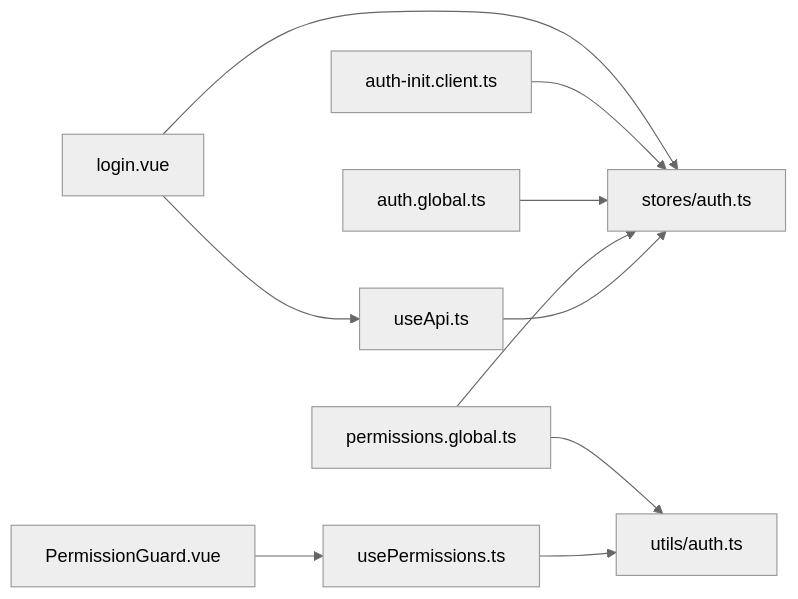
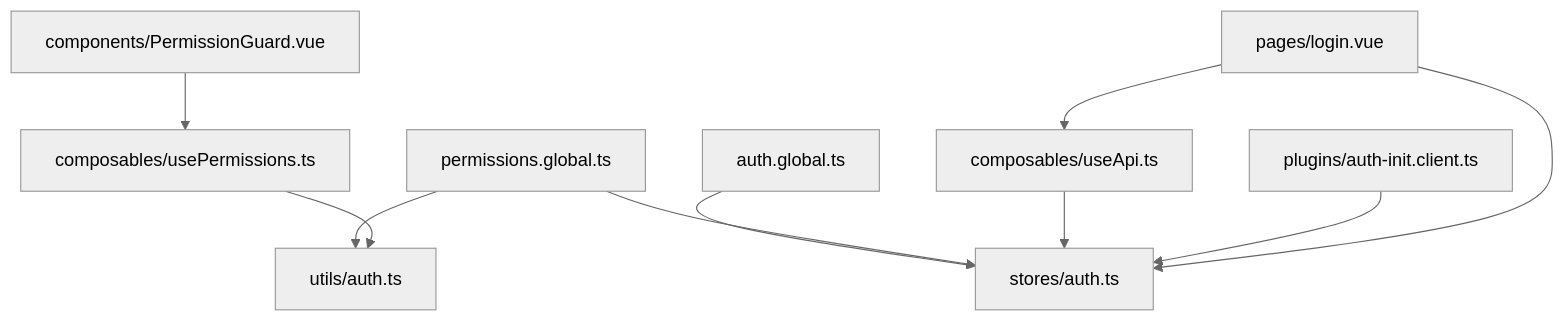
Diagram 11 of 12 in .qoder/repowiki/en/content/Authentication & Authorization/Authentication & Authorization.md (Lazynerd-Studios/lacarte-atlas-console), drawn with Mermaid (neutral theme) before and after one commit. The commit also changed other lines of this file and 139 other files, not shown here.

````diff
--- a/.qoder/repowiki/en/content/Authentication & Authorization/Authentication & Authorization.md
+++ b/.qoder/repowiki/en/content/Authentication & Authorization/Authentication & Authorization.md
@@ -416,12 +449,12 @@
 ```mermaid
-graph LR
-Login["login.vue"] --> UseApi["useApi.ts"]
-Login --> AuthStore["stores/auth.ts"]
-AuthInit["auth-init.client.ts"] --> AuthStore
-AuthMW["auth.global.ts"] --> AuthStore
-PermMW["permissions.global.ts"] --> AuthStore
-PermMW --> AuthUtils["utils/auth.ts"]
-UsePerms["usePermissions.ts"] --> AuthUtils
-PermGuard["PermissionGuard.vue"] --> UsePerms
-UseApi --> AuthStore
+graph TB
+AuthMiddleware["auth.global.ts"] --> AuthStore["stores/auth.ts"]
+PermMiddleware["permissions.global.ts"] --> AuthStore
+PermMiddleware --> AuthUtils["utils/auth.ts"]
+UsePerms["composables/usePermissions.ts"] --> AuthUtils
+PermGuard["components/PermissionGuard.vue"] --> UsePerms
+ApiClient["composables/useApi.ts"] --> AuthStore
+AuthInit["plugins/auth-init.client.ts"] --> AuthStore
+Login["pages/login.vue"] --> ApiClient
+Login --> AuthStore
 ```
````
